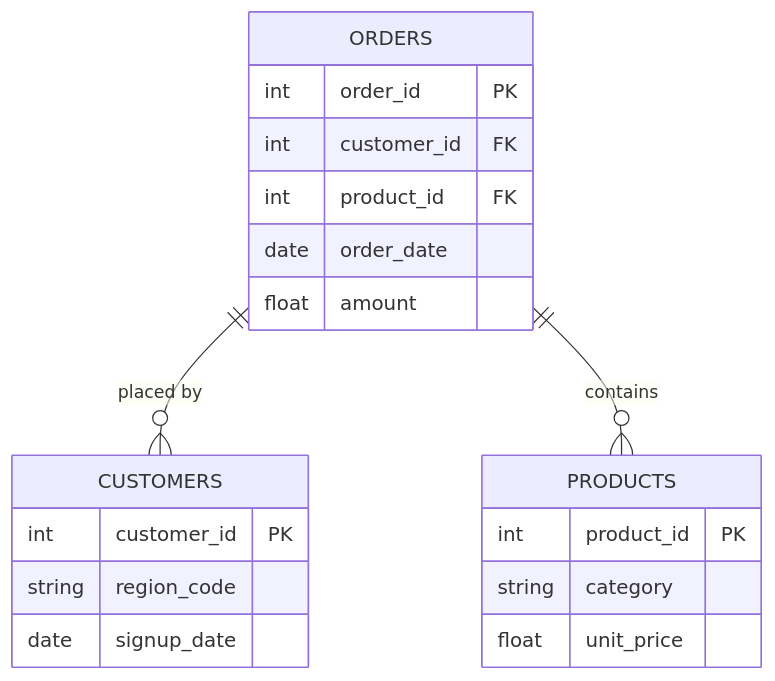
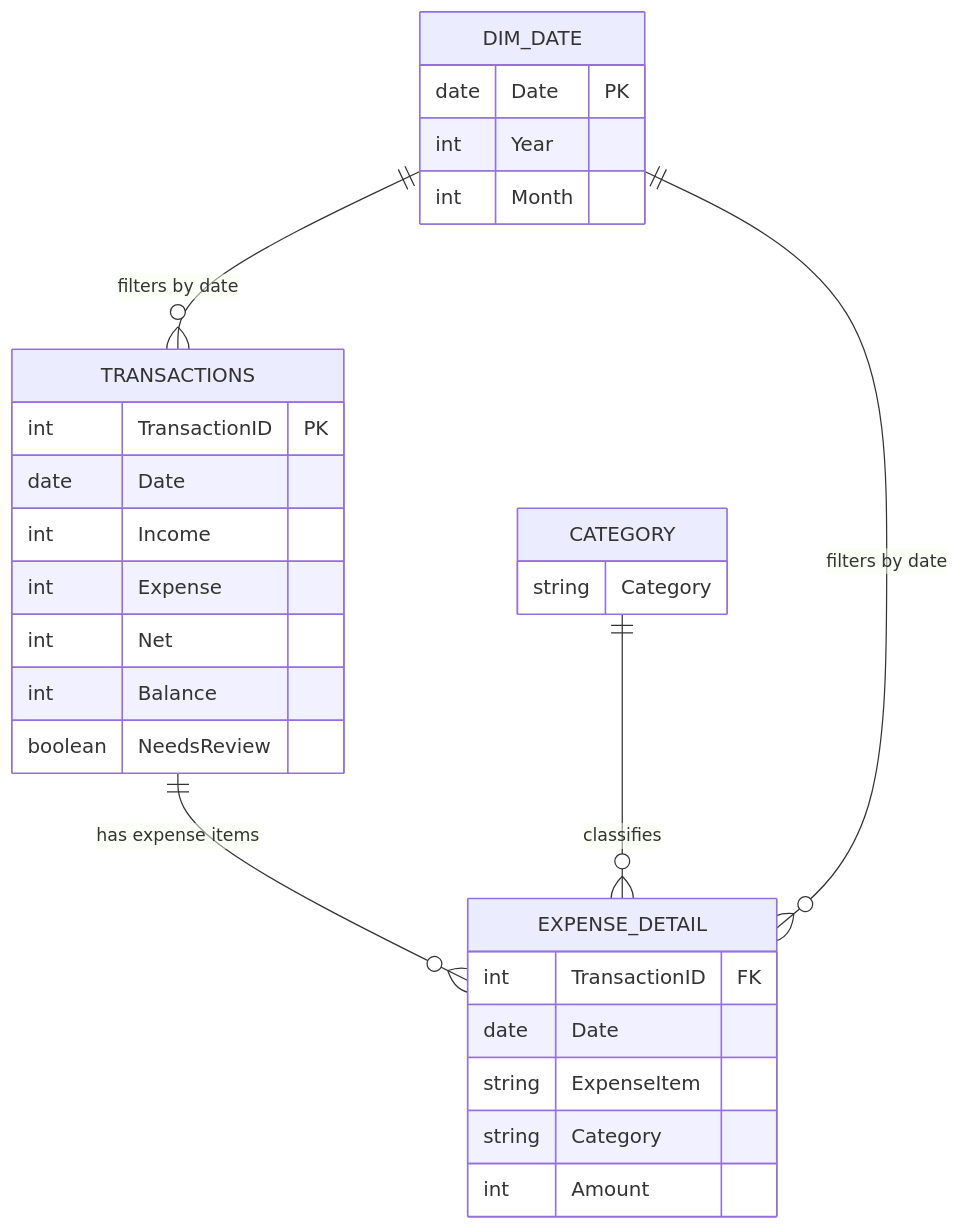
Before and after one commit to alexdanalyst/ADF-Fashion-Sales-Performance-Analysis: the diagram in README_TEMPLATE.md, drawn with Mermaid. The commit also changed other lines of this file, not shown here.

````diff
--- a/README_TEMPLATE.md
+++ b/README_TEMPLATE.md
@@ -314,22 +269,35 @@
 ```mermaid
 erDiagram
-    ORDERS {
-        int order_id PK
-        int customer_id FK
-        int product_id FK
-        date order_date
-        float amount
+    TRANSACTIONS ||--o{ EXPENSE_DETAIL : "has expense items"
+    CATEGORY ||--o{ EXPENSE_DETAIL : "classifies"
+    DIM_DATE ||--o{ TRANSACTIONS : "filters by date"
+    DIM_DATE ||--o{ EXPENSE_DETAIL : "filters by date"
+
+    TRANSACTIONS {
+        int TransactionID PK
+        date Date
+        int Income
+        int Expense
+        int Net
+        int Balance
+        boolean NeedsReview
     }
-    CUSTOMERS {
-        int customer_id PK
-        string region_code
-        date signup_date
+
+    EXPENSE_DETAIL {
+        int TransactionID FK
+        date Date
+        string ExpenseItem
+        string Category
+        int Amount
     }
-    PRODUCTS {
-        int product_id PK
-        string category
-        float unit_price
+
+    CATEGORY {
+        string Category
     }
-    ORDERS ||--o{ CUSTOMERS : "placed by"
-    ORDERS ||--o{ PRODUCTS : "contains"
+
+    DIM_DATE {
+        date Date PK
+        int Year
+        int Month
+    }
 ```
````
